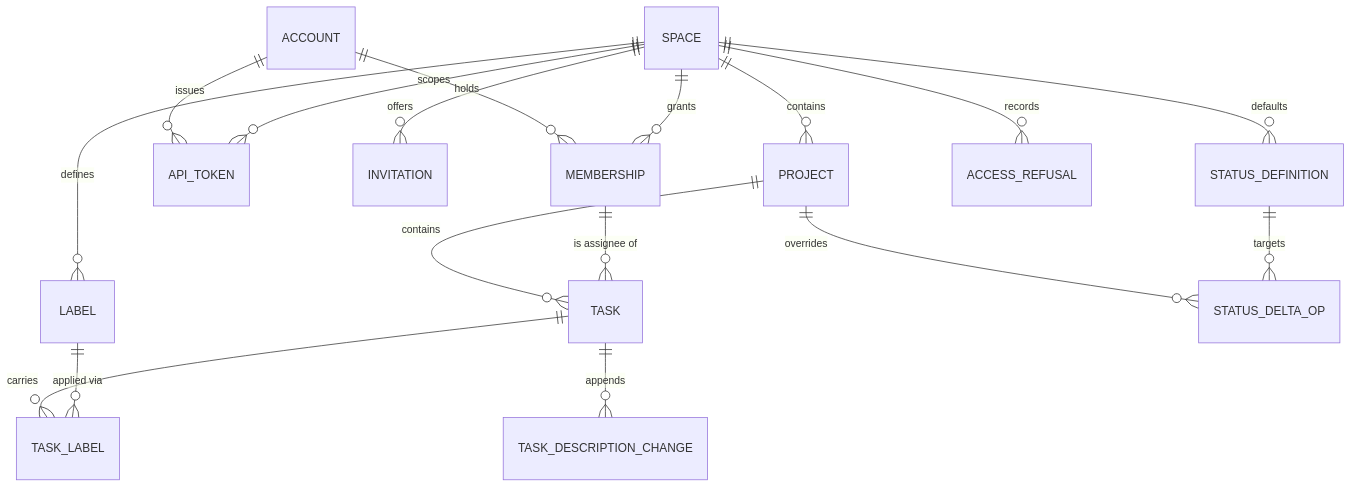
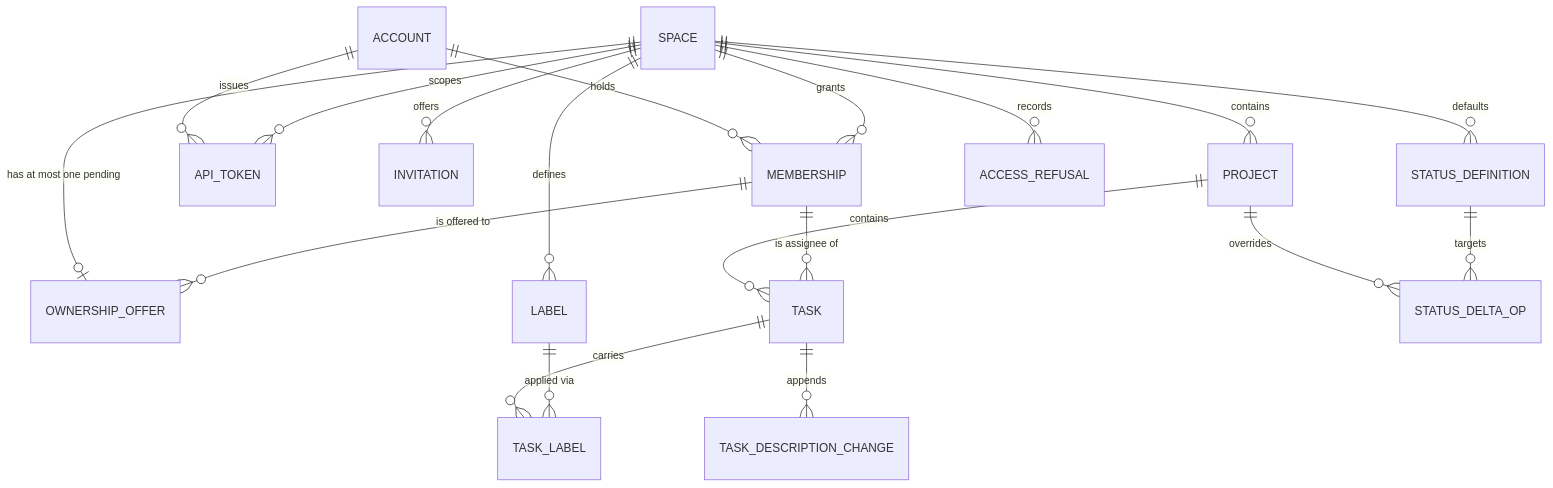
The fourth of 4 diagrams in _bmad-output/planning-artifacts/architecture/architecture-YelloBMAD-2026-08-17/ARCHITECTURE-SPINE.md (LeeSanderson/YelloBMAD), drawn with Mermaid before and after one commit. The commit also changed other lines of this file and 6 other files, not shown here.

````diff
--- a/_bmad-output/planning-artifacts/architecture/architecture-YelloBMAD-2026-08-17/ARCHITECTURE-SPINE.md
+++ b/_bmad-output/planning-artifacts/architecture/architecture-YelloBMAD-2026-08-17/ARCHITECTURE-SPINE.md
@@ -320,19 +338,21 @@
 ```mermaid
 erDiagram
     ACCOUNT ||--o{ MEMBERSHIP : holds
     ACCOUNT ||--o{ API_TOKEN : issues
     SPACE ||--o{ MEMBERSHIP : grants
     SPACE ||--o{ INVITATION : offers
+    SPACE ||--o| OWNERSHIP_OFFER : "has at most one pending"
+    MEMBERSHIP ||--o{ OWNERSHIP_OFFER : "is offered to"
     SPACE ||--o{ PROJECT : contains
     SPACE ||--o{ LABEL : defines
     SPACE ||--o{ STATUS_DEFINITION : defaults
     SPACE ||--o{ API_TOKEN : scopes
     PROJECT ||--o{ TASK : contains
     PROJECT ||--o{ STATUS_DELTA_OP : overrides
     STATUS_DEFINITION ||--o{ STATUS_DELTA_OP : targets
     MEMBERSHIP ||--o{ TASK : "is assignee of"
     TASK ||--o{ TASK_LABEL : carries
     LABEL ||--o{ TASK_LABEL : "applied via"
     TASK ||--o{ TASK_DESCRIPTION_CHANGE : appends
     SPACE ||--o{ ACCESS_REFUSAL : records
 ```
````
